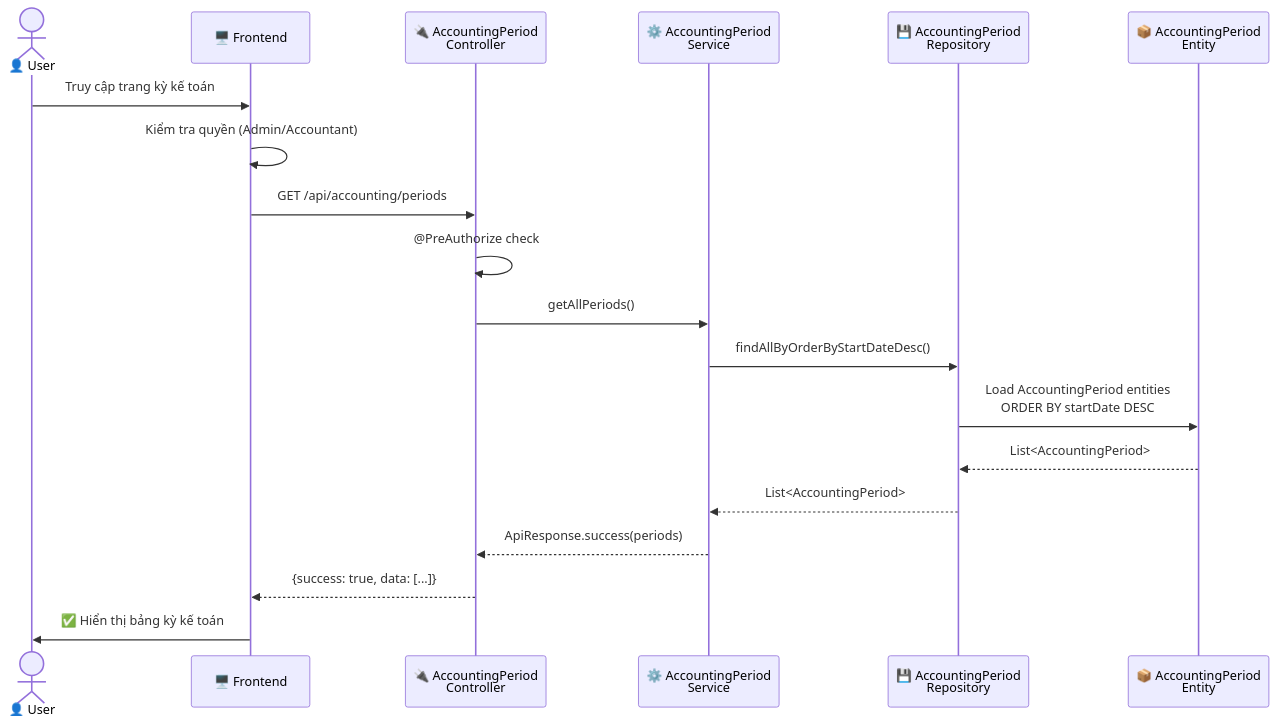
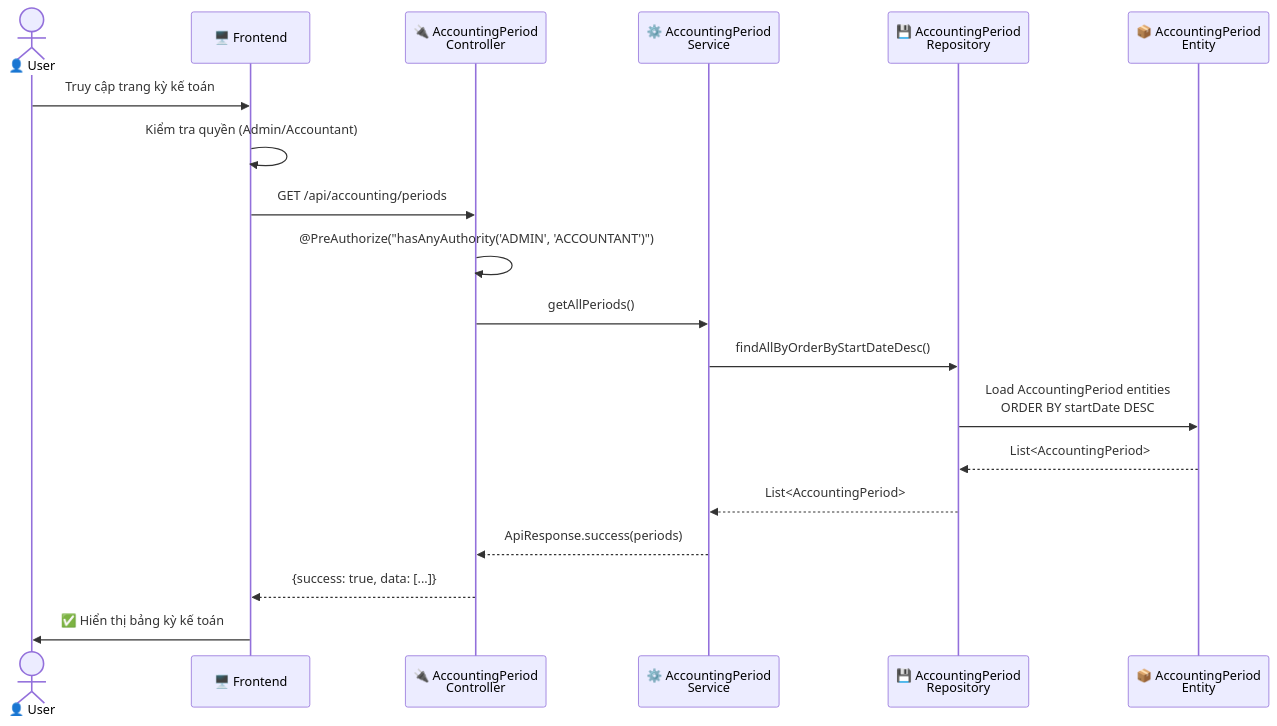
Before and after one commit to Mvuong1523/Do-an-tot-nghiep: the seventh of 26 diagrams in sequence-diagram-accounting-flow.md, drawn with Mermaid. The commit also changed other lines of this file and 9 other files, not shown here.

````diff
--- a/sequence-diagram-accounting-flow.md
+++ b/sequence-diagram-accounting-flow.md
@@ -339,24 +349,24 @@
 ```mermaid
 sequenceDiagram
     actor User as 👤 User
     participant FE as 🖥️ Frontend
     participant Ctrl as 🔌 AccountingPeriod<br/>Controller
     participant Svc as ⚙️ AccountingPeriod<br/>Service
     participant Repo as 💾 AccountingPeriod<br/>Repository
     participant Entity as 📦 AccountingPeriod<br/>Entity
     
     User->>FE: Truy cập trang kỳ kế toán
     FE->>FE: Kiểm tra quyền (Admin/Accountant)
     
     FE->>Ctrl: GET /api/accounting/periods
-    Ctrl->>Ctrl: @PreAuthorize check
+    Ctrl->>Ctrl: @PreAuthorize("hasAnyAuthority('ADMIN', 'ACCOUNTANT')")
     Ctrl->>Svc: getAllPeriods()
     Svc->>Repo: findAllByOrderByStartDateDesc()
     Repo->>Entity: Load AccountingPeriod entities<br/>ORDER BY startDate DESC
     Entity-->>Repo: List<AccountingPeriod>
     Repo-->>Svc: List<AccountingPeriod>
     Svc-->>Ctrl: ApiResponse.success(periods)
     Ctrl-->>FE: {success: true, data: [...]}
     
     FE->>User: ✅ Hiển thị bảng kỳ kế toán
 ```
````
